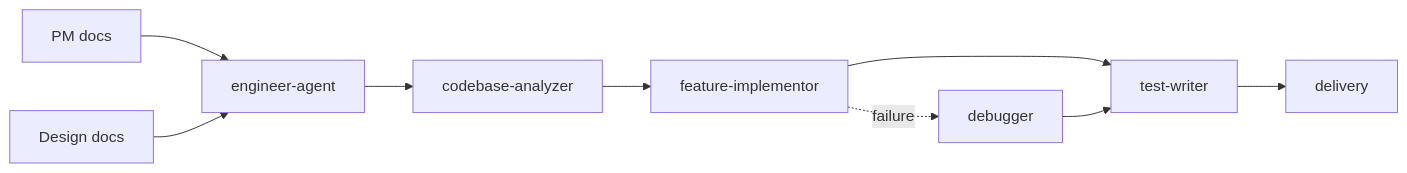
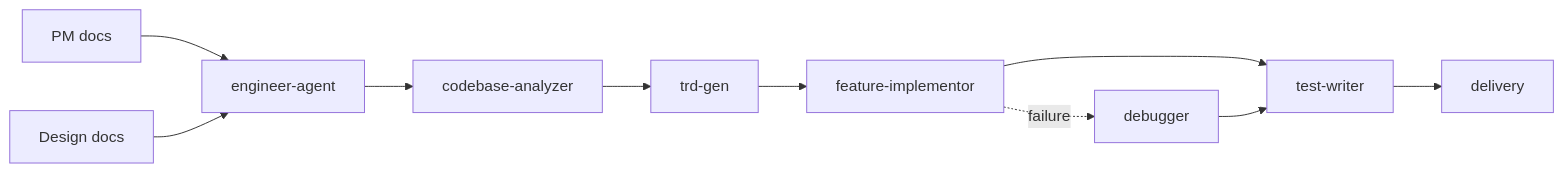
One commit to Neplich/dev-agent-skills changed the diagram in agents/engineer/README.md. Above: the diagram before and after it, drawn with Mermaid. The commit also changed other lines of this file and 63 other files, not shown here.

````diff
--- a/agents/engineer/README.md
+++ b/agents/engineer/README.md
@@ -46,11 +48,12 @@
 ```mermaid
 flowchart LR
     PM["PM docs"] --> Engineer["engineer-agent"]
     Design["Design docs"] --> Engineer
     Engineer --> Analyze["codebase-analyzer"]
-    Analyze --> Implement["feature-implementor"]
+    Analyze --> TRD["trd-gen"]
+    TRD --> Implement["feature-implementor"]
     Implement --> Test["test-writer"]
     Test --> Delivery["delivery"]
     Implement -. failure .-> Debug["debugger"]
     Debug --> Test
 ```
````
